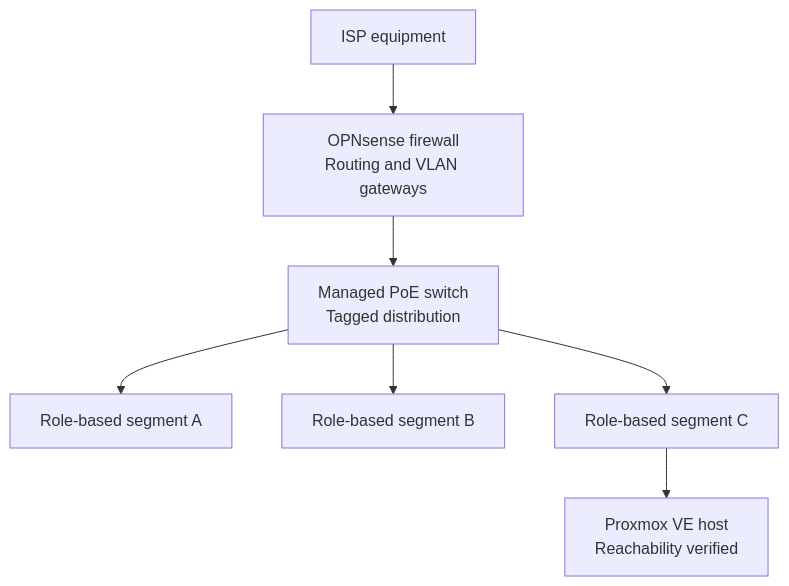
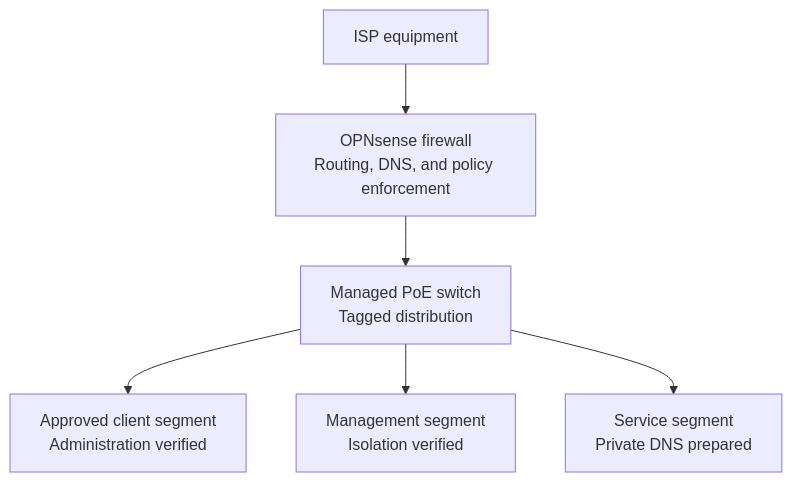
One commit to DeadPol8789/homelab changed the diagram in docs/opnsense-deployment.md. Above: the diagram before and after it, drawn with Mermaid. The commit also changed other lines of this file and 8 other files, not shown here.

````diff
--- a/docs/opnsense-deployment.md
+++ b/docs/opnsense-deployment.md
@@ -38,9 +39,8 @@
 ```mermaid
 flowchart TD
-    ISP["ISP equipment"] --> FW["OPNsense firewall<br/>Routing and VLAN gateways"]
+    ISP["ISP equipment"] --> FW["OPNsense firewall<br/>Routing, DNS, and policy enforcement"]
     FW --> SW["Managed PoE switch<br/>Tagged distribution"]
-    SW --> SEG_A["Role-based segment A"]
-    SW --> SEG_B["Role-based segment B"]
-    SW --> SEG_C["Role-based segment C"]
-    SEG_C --> PVE["Proxmox VE host<br/>Reachability verified"]
+    SW --> ZONE_A["Approved client segment<br/>Administration verified"]
+    SW --> ZONE_B["Management segment<br/>Isolation verified"]
+    SW --> ZONE_C["Service segment<br/>Private DNS prepared"]
 ```
````
